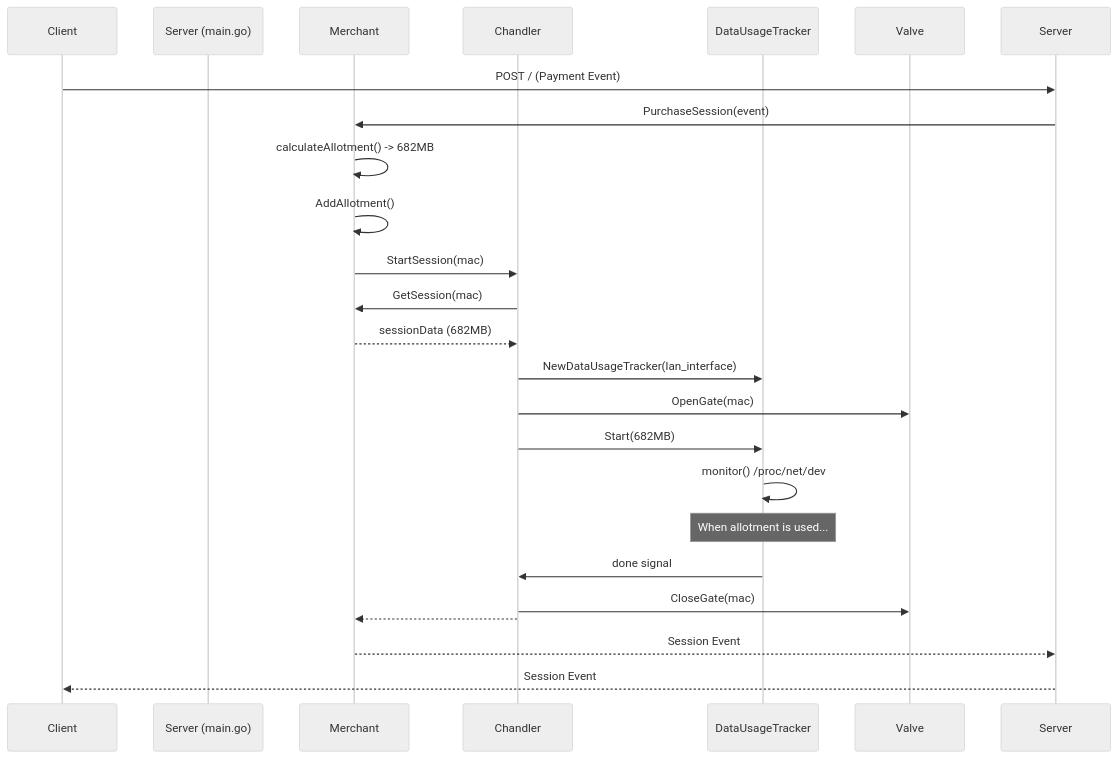
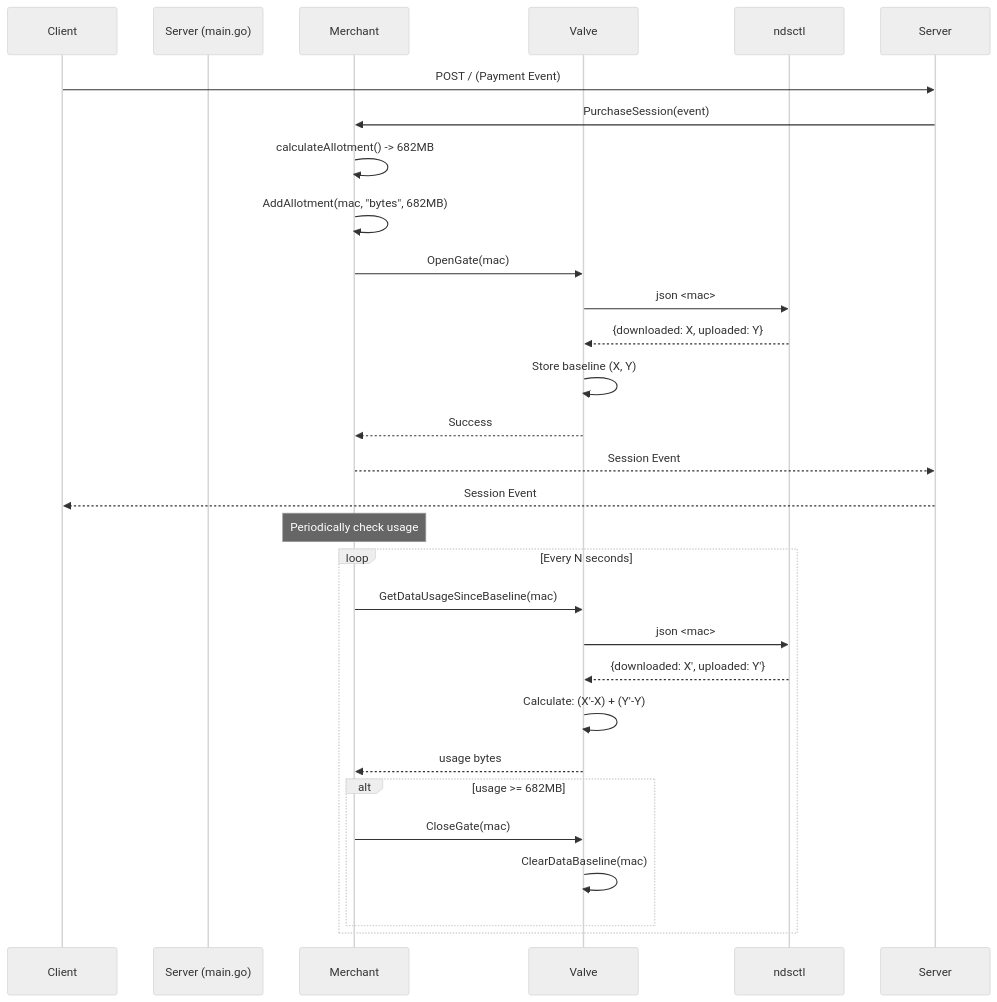
The third of 3 diagrams in docs/session-flow-diagram.md (OpenTollGate/tollgate-module-basic-go), drawn with Mermaid (neutral theme) before and after one commit. The commit also changed other lines of this file and 9 other files, not shown here.

Commit message:
usage tracking by ndsctl

````diff
--- a/docs/session-flow-diagram.md
+++ b/docs/session-flow-diagram.md
@@ -31,27 +59,36 @@
 ```mermaid
 sequenceDiagram
     participant Client
     participant Server (main.go)
     participant Merchant
-    participant Chandler
-    participant DataUsageTracker
     participant Valve
+    participant ndsctl
 
     Client->>Server: POST / (Payment Event)
     Server->>Merchant: PurchaseSession(event)
     Merchant->>Merchant: calculateAllotment() -> 682MB
-    Merchant->>Merchant: AddAllotment()
-    Merchant->>Chandler: StartSession(mac)
-    Chandler->>Merchant: GetSession(mac)
-    Merchant-->>Chandler: sessionData (682MB)
-    Chandler->>DataUsageTracker: NewDataUsageTracker(lan_interface)
-    Chandler->>Valve: OpenGate(mac)
-    Chandler->>DataUsageTracker: Start(682MB)
-    DataUsageTracker->>DataUsageTracker: monitor() /proc/net/dev
-    Note over DataUsageTracker: When allotment is used...
-    DataUsageTracker->>Chandler: done signal
-    Chandler->>Valve: CloseGate(mac)
-    Chandler-->>Merchant: 
+    Merchant->>Merchant: AddAllotment(mac, "bytes", 682MB)
+    
+    Merchant->>Valve: OpenGate(mac)
+    Valve->>ndsctl: json <mac>
+    ndsctl-->>Valve: {downloaded: X, uploaded: Y}
+    Valve->>Valve: Store baseline (X, Y)
+    Valve-->>Merchant: Success
+    
     Merchant-->>Server: Session Event
     Server-->>Client: Session Event
+    
+    Note over Merchant: Periodically check usage
+    loop Every N seconds
+        Merchant->>Valve: GetDataUsageSinceBaseline(mac)
+        Valve->>ndsctl: json <mac>
+        ndsctl-->>Valve: {downloaded: X', uploaded: Y'}
+        Valve->>Valve: Calculate: (X'-X) + (Y'-Y)
+        Valve-->>Merchant: usage bytes
+        
+        alt usage >= 682MB
+            Merchant->>Valve: CloseGate(mac)
+            Valve->>Valve: ClearDataBaseline(mac)
+        end
+    end
 ```
````
